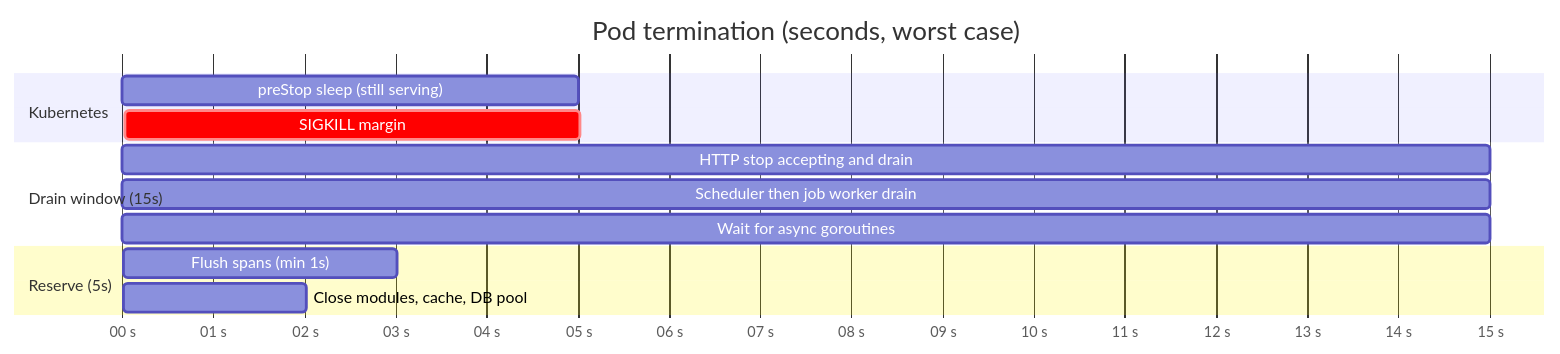
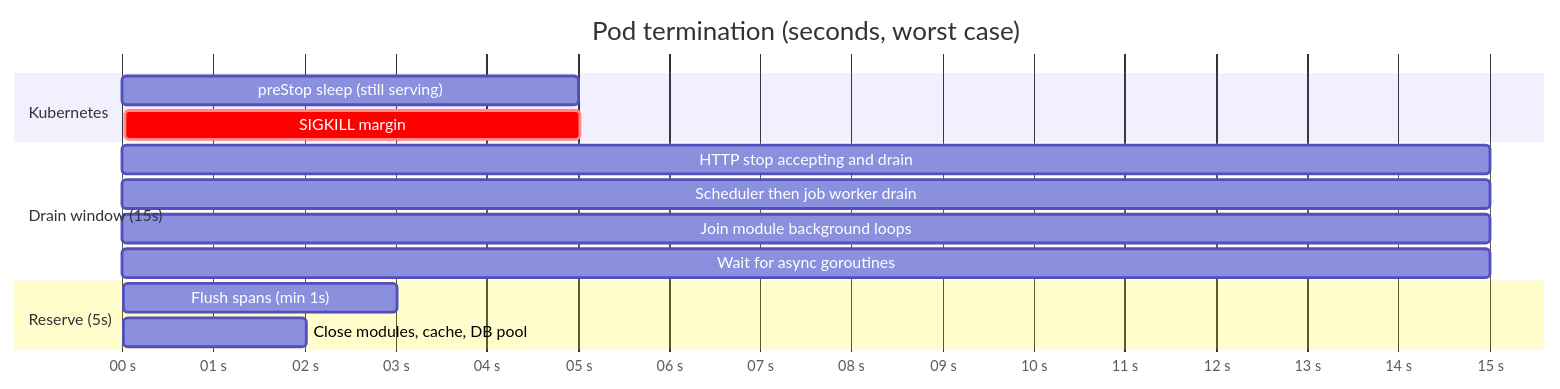
The ninth of 9 diagrams in docs/operations.md (chuanghiduoc/fiber-golang-boilerplate), drawn with Mermaid before and after one commit. The commit also changed other lines of this file and 76 other files, not shown here.

````diff
--- a/docs/operations.md
+++ b/docs/operations.md
@@ -1494,16 +1563,17 @@
 ```mermaid
 gantt
     title Pod termination (seconds, worst case)
     dateFormat X
     axisFormat %S s
     section Kubernetes
     preStop sleep (still serving)       :pre, 0, 5s
     SIGKILL margin                      :crit, margin, 25, 5s
     section Drain window (15s)
     HTTP stop accepting and drain       :http, 5, 15s
     Scheduler then job worker drain     :work, 5, 15s
+    Join module background loops        :loops, 5, 15s
     Wait for async goroutines           :async, 5, 15s
     section Reserve (5s)
     Flush spans (min 1s)                :trace, 20, 3s
     Close modules, cache, DB pool       :close, 23, 2s
 ```
````
